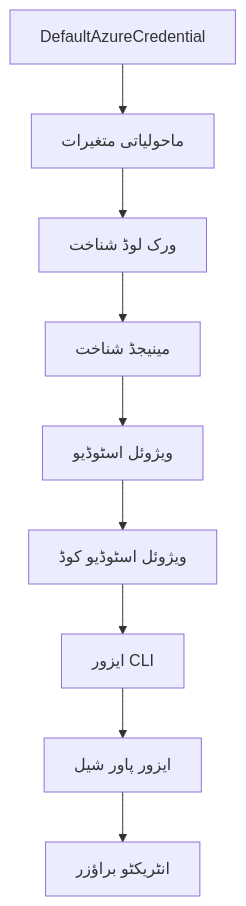
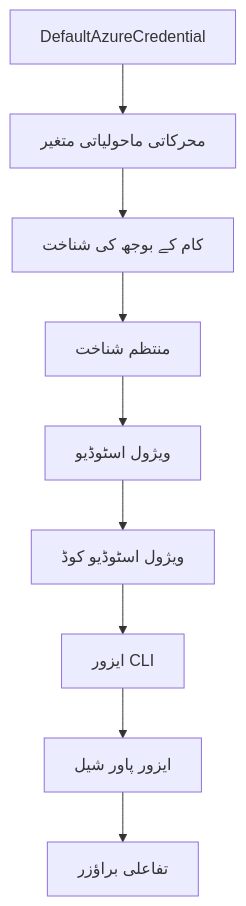
The second of 2 diagrams in translations/ur/docs/chapter-01-foundation/azd-basics.md (microsoft/AZD-for-beginners), drawn with Mermaid before and after one commit. The commit also changed other lines of this file and 1 other file, not shown here.

````diff
--- a/translations/ur/docs/chapter-01-foundation/azd-basics.md
+++ b/translations/ur/docs/chapter-01-foundation/azd-basics.md
@@ -606,11 +606,11 @@
 ```mermaid
 graph TD
-    A[DefaultAzureCredential] --> B[ماحولیاتی متغیرات]
-    B --> C[ورک لوڈ شناخت]
-    C --> D[مینیجڈ شناخت]
-    D --> E[ویژوئل اسٹوڈیو]
-    E --> F[ویژوئل اسٹوڈیو کوڈ]
+    A[DefaultAzureCredential] --> B[محرکاتی ماحولیاتی متغیر]
+    B --> C[کام کے بوجھ کی شناخت]
+    C --> D[منتظم شناخت]
+    D --> E[ویژول اسٹوڈیو]
+    E --> F[ویژول اسٹوڈیو کوڈ]
     F --> G[ایزور CLI]
     G --> H[ایزور پاور شیل]
-    H --> I[انٹریکٹو براؤزر]
+    H --> I[تفاعلی براؤزر]
 ```
````
